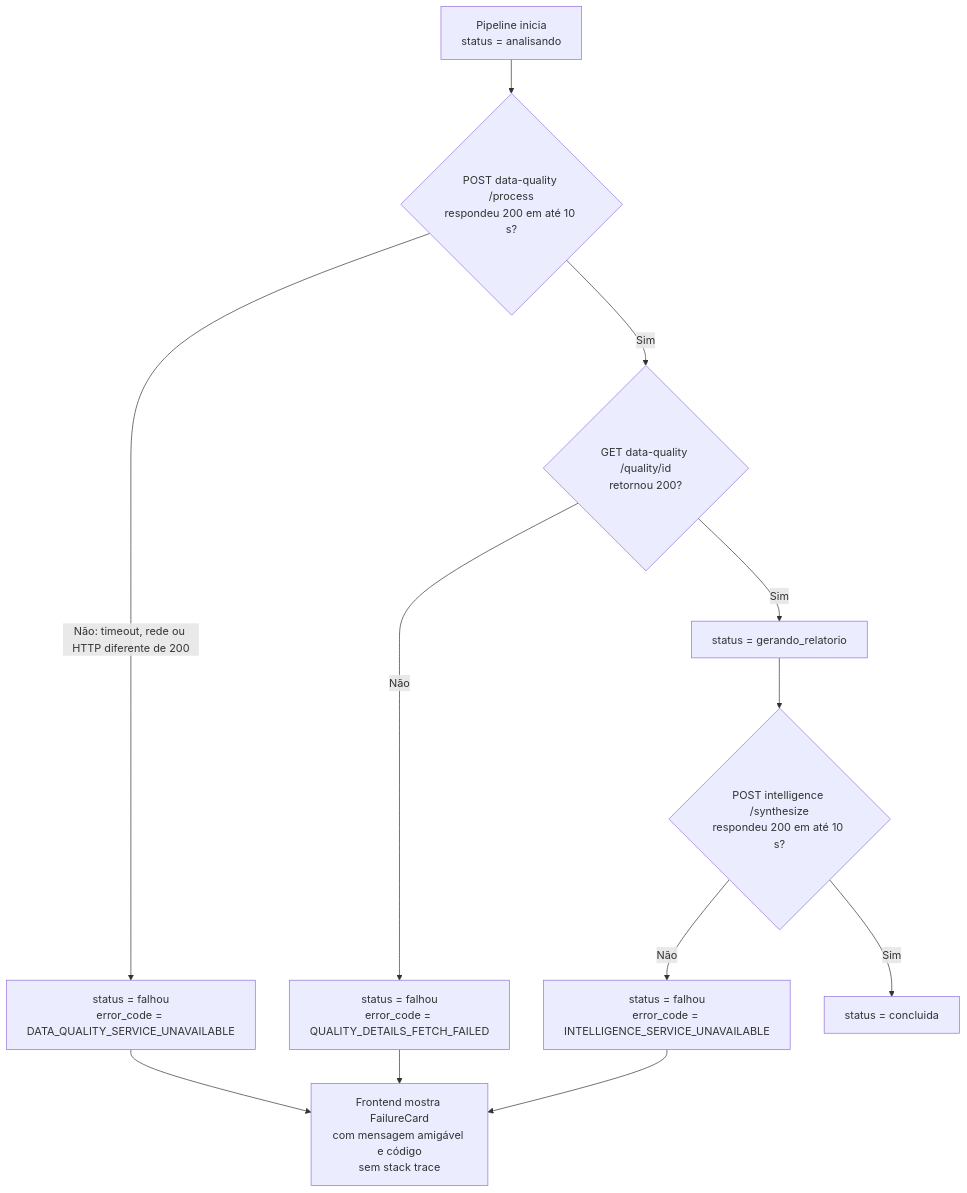
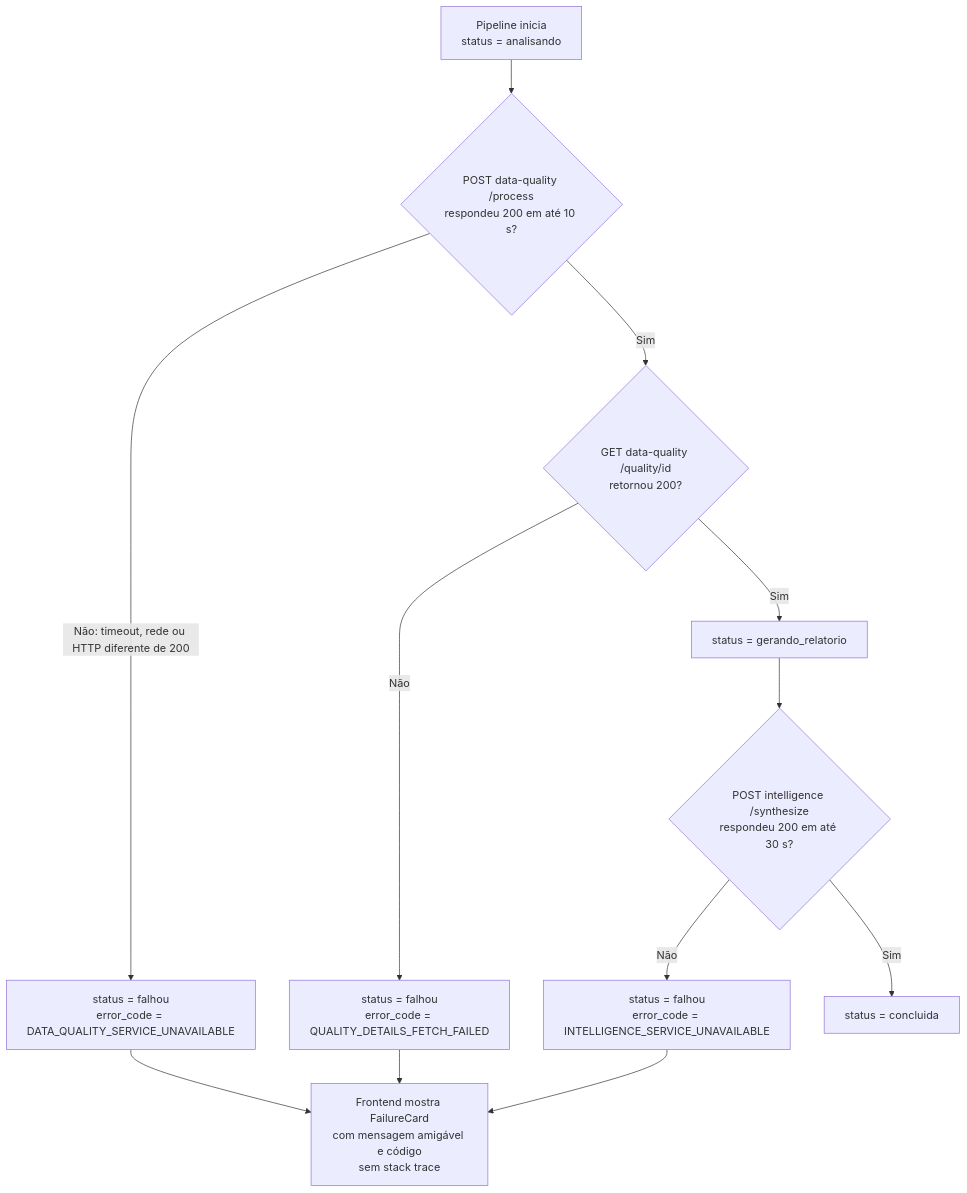
One commit to lucasblima-dev/data-guard changed the fifth of 8 diagrams in docs/ARQUITETURA.md. Above: the diagram before and after it, drawn with Mermaid. The commit also changed other lines of this file and 15 other files, not shown here.

````diff
--- a/docs/ARQUITETURA.md
+++ b/docs/ARQUITETURA.md
@@ -248,15 +248,15 @@
 ```mermaid
 flowchart TD
     A["Pipeline inicia<br/>status = analisando"] --> B{"POST data-quality /process<br/>respondeu 200 em até 10 s?"}
     B -->|"Não: timeout, rede ou HTTP diferente de 200"| F1["status = falhou<br/>error_code = DATA_QUALITY_SERVICE_UNAVAILABLE"]
     B -->|"Sim"| C{"GET data-quality /quality/id<br/>retornou 200?"}
     C -->|"Não"| F2["status = falhou<br/>error_code = QUALITY_DETAILS_FETCH_FAILED"]
     C -->|"Sim"| D["status = gerando_relatorio"]
-    D --> E{"POST intelligence /synthesize<br/>respondeu 200 em até 10 s?"}
+    D --> E{"POST intelligence /synthesize<br/>respondeu 200 em até 30 s?"}
     E -->|"Não"| F3["status = falhou<br/>error_code = INTELLIGENCE_SERVICE_UNAVAILABLE"]
     E -->|"Sim"| OK["status = concluida"]
 
     F1 --> UI["Frontend mostra FailureCard<br/>com mensagem amigável e código<br/>sem stack trace"]
     F2 --> UI
     F3 --> UI
 ```
````
